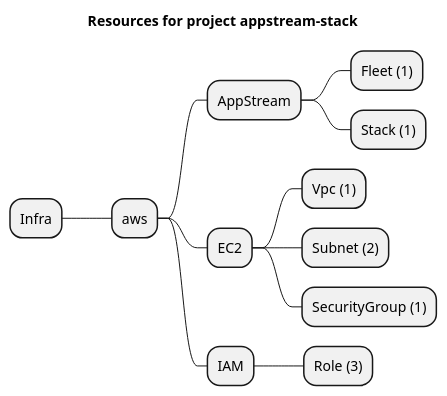
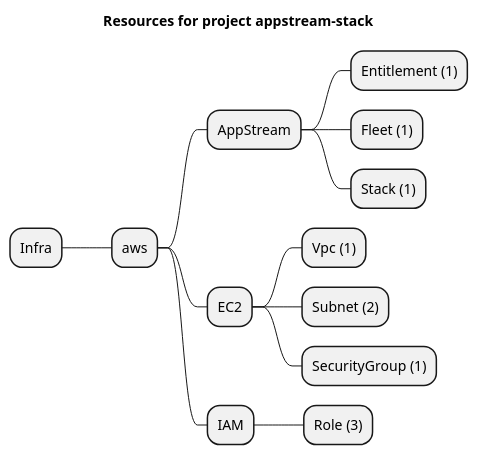
One commit to grucloud/grucloud changed the diagram in examples/aws/AppStream/appstream-stack/artifacts/resources-mindmap.puml. Above: the diagram before and after it, drawn with PlantUML. The commit also changed 8 other files, not shown here.

```diff
--- a/examples/aws/AppStream/appstream-stack/artifacts/resources-mindmap.puml
+++ b/examples/aws/AppStream/appstream-stack/artifacts/resources-mindmap.puml
@@ -1,15 +1,16 @@
 @startmindmap
 title Resources for project appstream-stack
 skinparam monochrome true
 + Infra
 ++ aws
 +++ AppStream
+++++ Entitlement (1)
 ++++ Fleet (1)
 ++++ Stack (1)
 +++ EC2
 ++++ Vpc (1)
 ++++ Subnet (2)
 ++++ SecurityGroup (1)
 +++ IAM
 ++++ Role (3)
 @endmindmap
```
